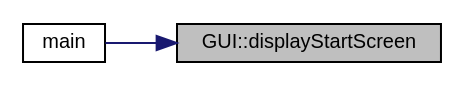
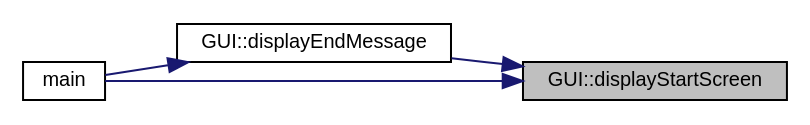
Before and after one commit to jesstyrrell/cosc345: the diagram in class_g_u_i_a0dc53c5a6daa0f01b57c4d4731b4d933_icgraph.dot, drawn with Graphviz. The commit also changed 170 other files, not shown here.

```diff
--- a/class_g_u_i_a0dc53c5a6daa0f01b57c4d4731b4d933_icgraph.dot
+++ b/class_g_u_i_a0dc53c5a6daa0f01b57c4d4731b4d933_icgraph.dot
@@ -1,11 +1,14 @@
 digraph "GUI::displayStartScreen"
 {
  // INTERACTIVE_SVG=YES
  // LATEX_PDF_SIZE
   edge [fontname="Helvetica",fontsize="10",labelfontname="Helvetica",labelfontsize="10"];
   node [fontname="Helvetica",fontsize="10",shape=record];
   rankdir="RL";
   Node1 [label="GUI::displayStartScreen",height=0.2,width=0.4,color="black", fillcolor="grey75", style="filled", fontcolor="black",tooltip="Displays the start screen of the game."];
   Node1 -> Node2 [dir="back",color="midnightblue",fontsize="10",style="solid",fontname="Helvetica"];
-  Node2 [label="main",height=0.2,width=0.4,color="black", fillcolor="white", style="filled",URL="$main_8cpp.html#a0ddf1224851353fc92bfbff6f499fa97",tooltip=" "];
+  Node2 [label="GUI::displayEndMessage",height=0.2,width=0.4,color="black", fillcolor="white", style="filled",URL="$class_g_u_i.html#a663dad721796a4f367c2534e1901fc97",tooltip="Displays the end message when the game is over."];
+  Node2 -> Node3 [dir="back",color="midnightblue",fontsize="10",style="solid",fontname="Helvetica"];
+  Node3 [label="main",height=0.2,width=0.4,color="black", fillcolor="white", style="filled",URL="$main_8cpp.html#a0ddf1224851353fc92bfbff6f499fa97",tooltip=" "];
+  Node1 -> Node3 [dir="back",color="midnightblue",fontsize="10",style="solid",fontname="Helvetica"];
 }
```
